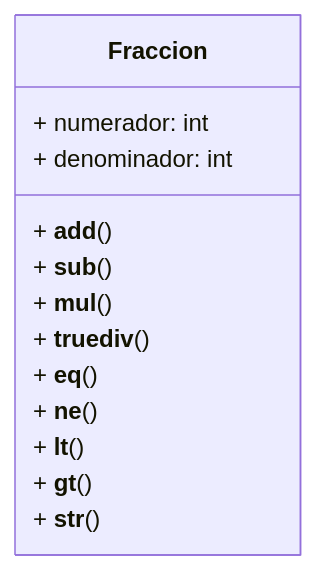
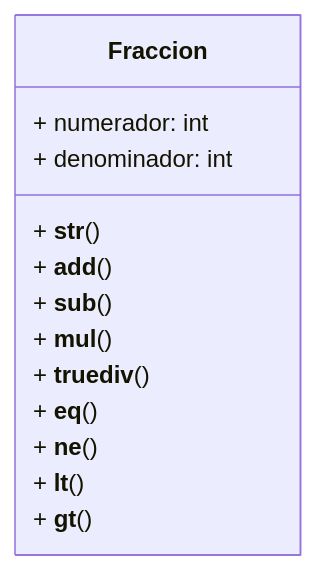
Before and after one commit to StephanieApaza/psg-oop-2025: the diagram in retos_sesion_08/ejercicio_01.md, drawn with Mermaid. The commit also changed other lines of this file, not shown here.

````diff
--- a/retos_sesion_08/ejercicio_01.md
+++ b/retos_sesion_08/ejercicio_01.md
@@ -37,16 +42,16 @@
 ```mermaid
 classDiagram
     class Fraccion {
         + numerador: int
         + denominador: int
+        + __str__()
         + __add__()
         + __sub__()
         + __mul__()
         + __truediv__()
         + __eq__()
         + __ne__()
         + __lt__()
         + __gt__()
-        + __str__()
     }
 ```
````
